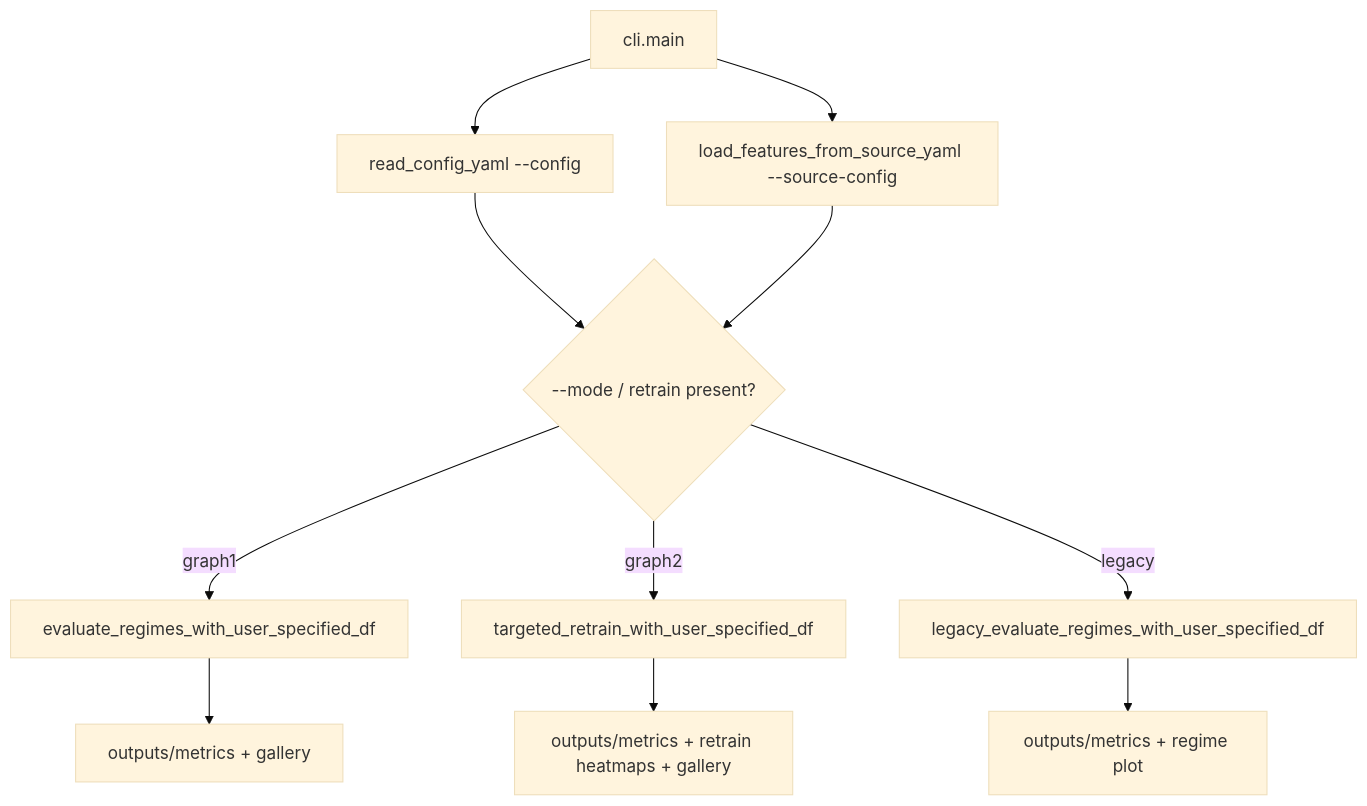
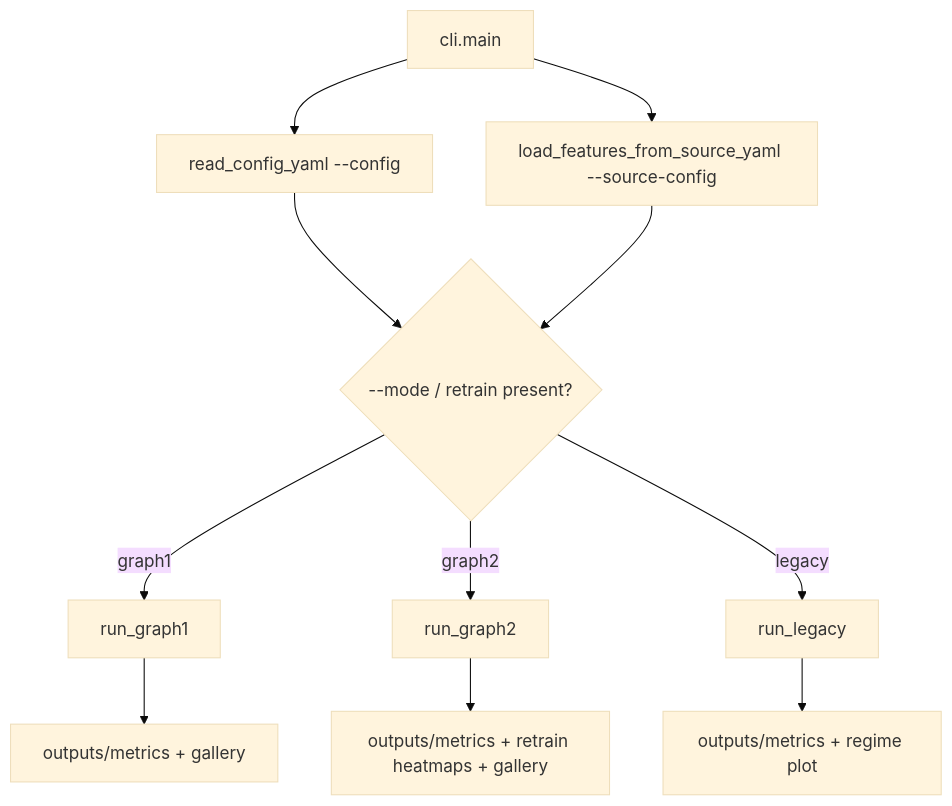
One commit to FulgentMcGuffin/gulfstream changed the first of 4 diagrams in README.md. Above: the diagram before and after it, drawn with Mermaid (base theme). The commit also changed other lines of this file and 59 other files, not shown here.

````diff
--- a/README.md
+++ b/README.md
@@ -102,13 +102,13 @@
 ```mermaid
 flowchart TD
   cli["cli.main"] --> loadCfg["read_config_yaml --config"]
   cli --> loadSrc["load_features_from_source_yaml --source-config"]
   loadCfg --> mode{"--mode / retrain present?"}
   loadSrc --> mode
-  mode -->|graph1| g1["evaluate_regimes_with_user_specified_df"]
-  mode -->|graph2| g2["targeted_retrain_with_user_specified_df"]
-  mode -->|legacy| leg["legacy_evaluate_regimes_with_user_specified_df"]
+  mode -->|graph1| g1["run_graph1"]
+  mode -->|graph2| g2["run_graph2"]
+  mode -->|legacy| leg["run_legacy"]
   g1 --> out1["outputs/metrics + gallery"]
   g2 --> out2["outputs/metrics + retrain heatmaps + gallery"]
   leg --> out3["outputs/metrics + regime plot"]
 ```
````
